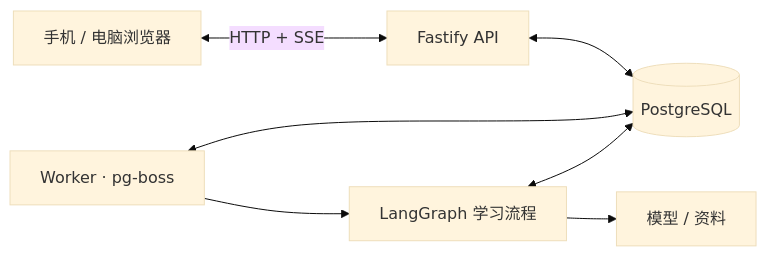
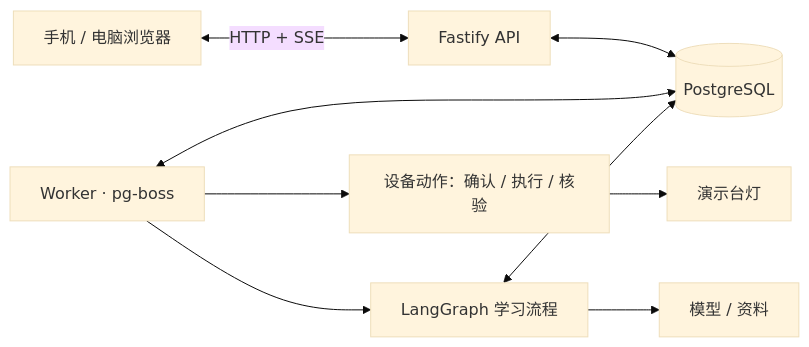
The diagram in README.md (zzzfu411/yeux-assistant), drawn with Mermaid (base theme) before and after one commit. The commit also changed other lines of this file and 14 other files, not shown here.

Commit message:
docs: record assistant architecture and Lab1 alignment plan

````diff
--- a/README.md
+++ b/README.md
@@ -72,9 +82,11 @@
 ```mermaid
 flowchart LR
     Web[手机 / 电脑浏览器] <-->|HTTP + SSE| API[Fastify API]
     API <--> DB[(PostgreSQL)]
     Worker[Worker · pg-boss] <--> DB
+    Worker --> Devices[设备动作：确认 / 执行 / 核验]
+    Devices --> Demo[演示台灯]
     Worker --> Flow[LangGraph 学习流程]
     Flow <--> DB
     Flow --> Model[模型 / 资料]
 ```
````
